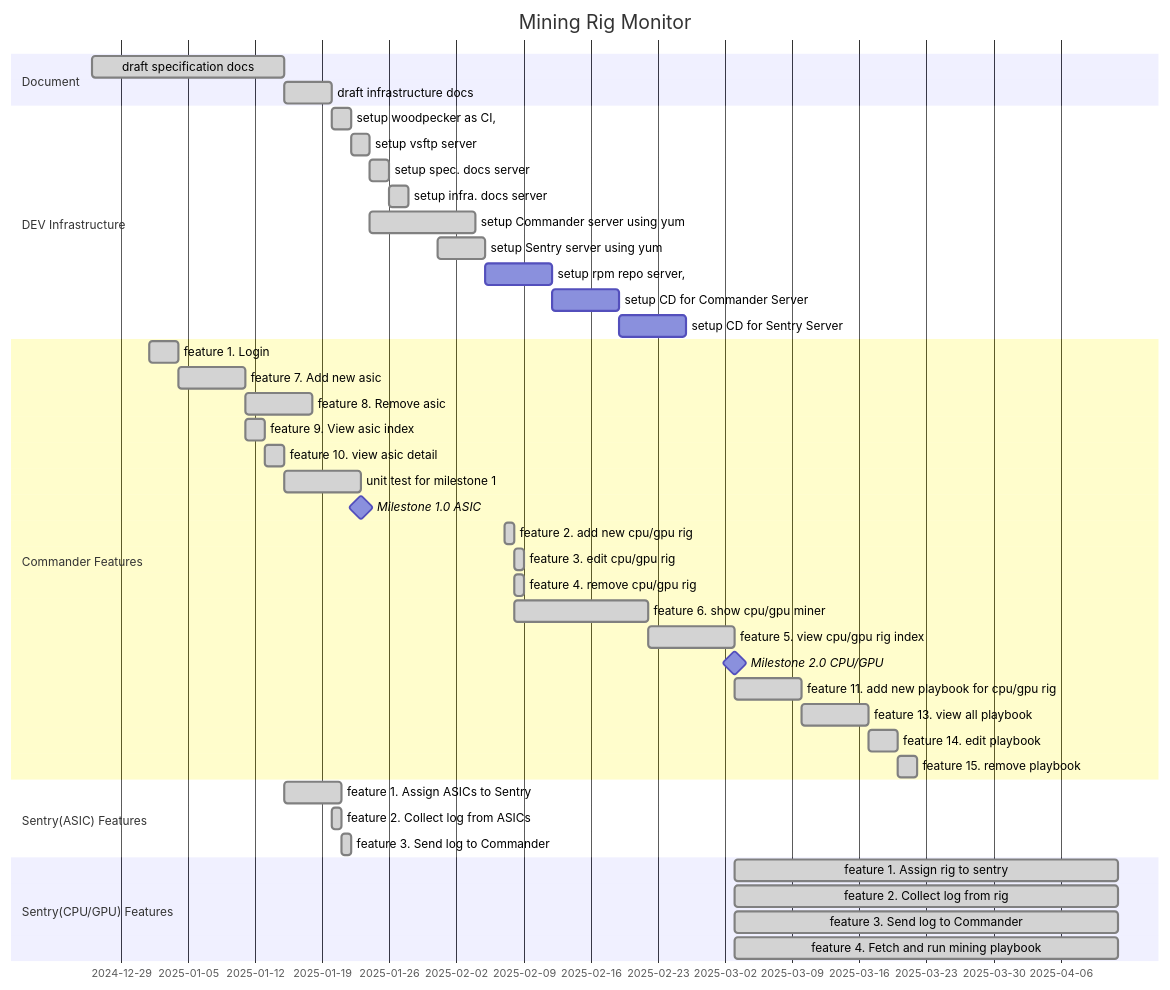
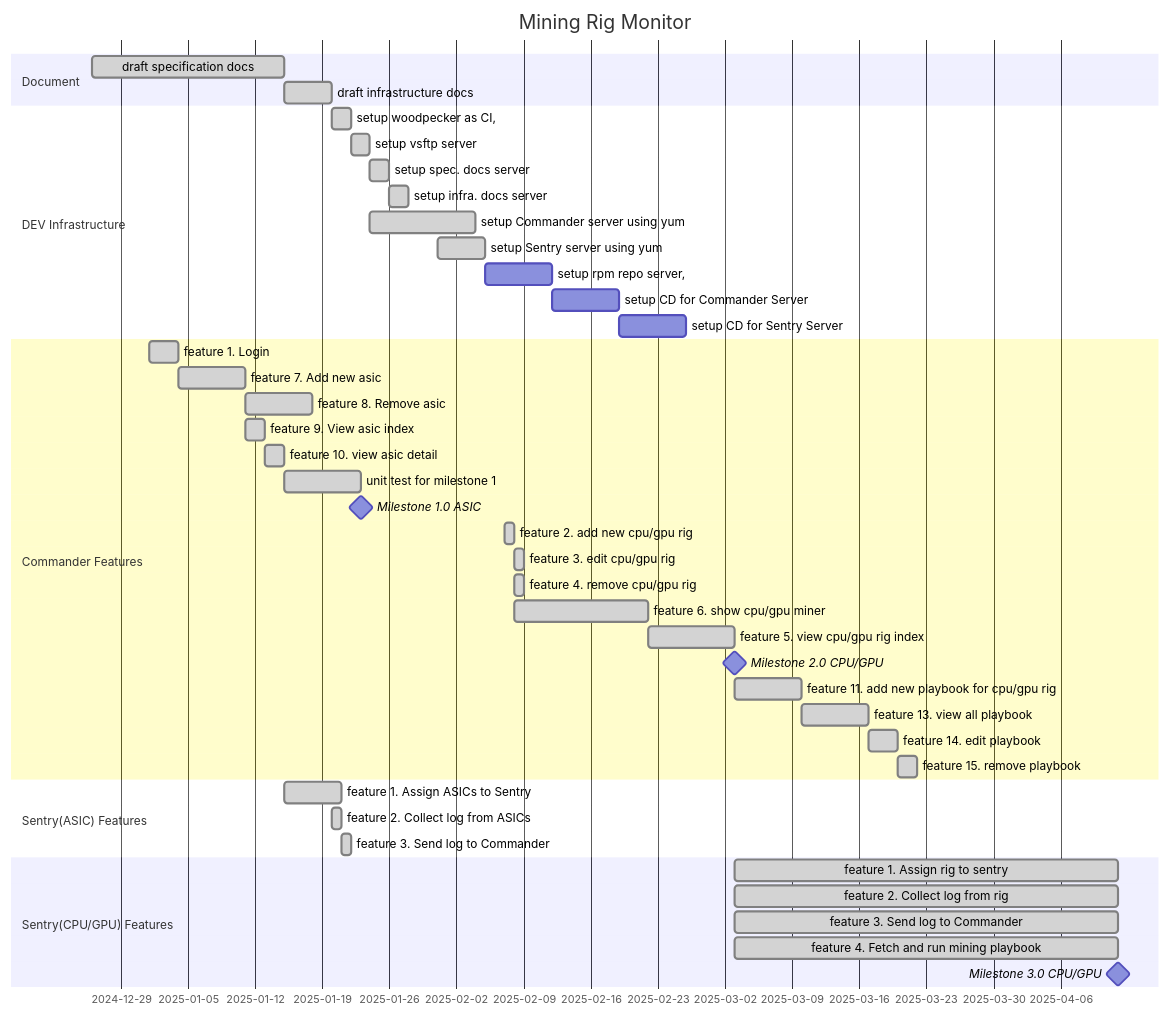
One commit to nguyenvinhlinh/Mining-Rig-Monitor-Document changed the diagram in docs/06-project-management.md. Above: the diagram before and after it, drawn with Mermaid.

````diff
--- a/docs/06-project-management.md
+++ b/docs/06-project-management.md
@@ -9,55 +9,56 @@
 ``` mermaid
 gantt
     title Mining Rig Monitor
     dateFormat YYYY-MM-DD
 
     section Document
         draft specification  docs      :done, wsd, 2024-12-26, 20d
         draft infrastructure docs      :done, wid, after wsd, 5d
     section DEV Infrastructure
         setup woodpecker as CI,        :done, swci, after wid, 2d
         setup vsftp server             :done, svsftp, after swci, 2d
         setup spec. docs server        :done, ssds, after svsftp, 2d
         setup infra. docs server       :done, sids, after ssds, 2d
 
 
         setup Commander server using yum :done, scs, 2025-01-24, 2025-02-04
         setup Sentry server using yum    :done, sss, 2025-01-31, 2025-02-05
         setup rpm repo server,           :srps, after sss, 1w
         setup CD for Commander Server    :scdcs, after srps, 1w
         setup CD for Sentry Server       :scdss, after scdcs, 1w
     section Commander Features
         feature  1. Login              :done, f01, 2025-01-01, 3d
 
         feature  7. Add new asic       :done, f07, after f01, 1w
         feature  8. Remove asic        :done, f08, after f07, 1w
         feature  9. View asic index    :done, f09, 2025-01-11, 2025-01-13
         feature 10. view asic detail   :done, f10, 2025-01-13, 2025-01-15
         unit test for milestone 1      :done, ut1, 2025-01-15, 2025-01-23
 
         Milestone 1.0 ASIC:            milestone, m1, 2025-01-23, 4m
 
         feature 2. add new cpu/gpu rig    :done, f02, 2025-02-07, 2025-02-08
         feature 3. edit cpu/gpu rig       :done, f03, 2025-02-08, 2025-02-09
         feature 4. remove cpu/gpu rig     :done, f04, 2025-02-08, 2025-02-09
         feature 6. show cpu/gpu miner     :done, f06, 2025-02-08, 2025-02-22
         feature 5. view cpu/gpu rig index :done, f05, 2025-02-22, 2025-03-03
 
         Milestone 2.0 CPU/GPU: milestone, m2, 2025-03-03, 2m
 
         feature 11. add new playbook for cpu/gpu rig  :done, f11, 2025-03-03, 2025-03-10
         feature 13. view all playbook                 :done, f13, 2025-03-10, 2025-03-17
         feature 14. edit playbook                     :done, f14, 2025-03-17, 2025-03-20
         feature 15. remove playbook                   :done, f15, 2025-03-20, 2025-03-22
 
     section Sentry(ASIC) Features
         feature 1. Assign ASICs to Sentry    :done, aats, 2025-01-15, 2025-01-21
         feature 2. Collect log from ASICs    :done, clfa, 2025-01-20, 2025-01-21
         feature 3. Send log to Commander     :done, sltc, 2025-01-21, 2025-01-22
 
     section Sentry(CPU/GPU) Features
         feature 1. Assign rig to sentry    :done, cg01, 2025-03-03, 2025-04-12
         feature 2. Collect log from rig    :done, cg02, 2025-03-03, 2025-04-12
         feature 3. Send log to Commander   :done, cg03, 2025-03-03, 2025-04-12
         feature 4. Fetch and run mining playbook :done, cg04, 2025-03-03, 2025-04-12
+        Milestone 3.0 CPU/GPU: milestone, m2, 2025-04-12, 2m
 ```
````
